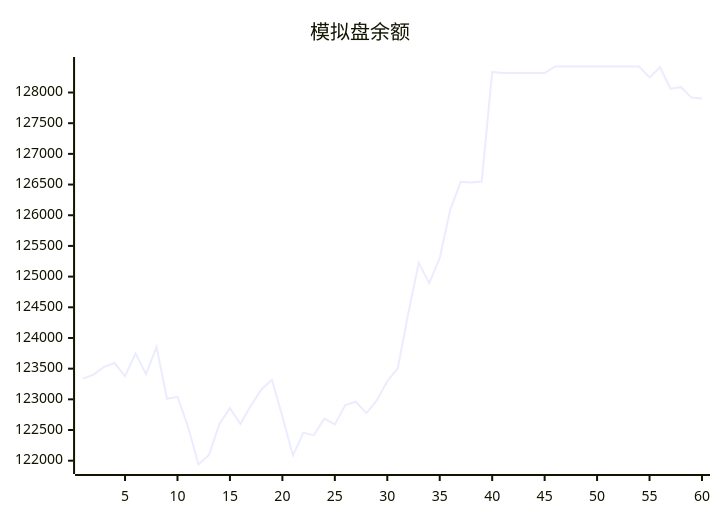
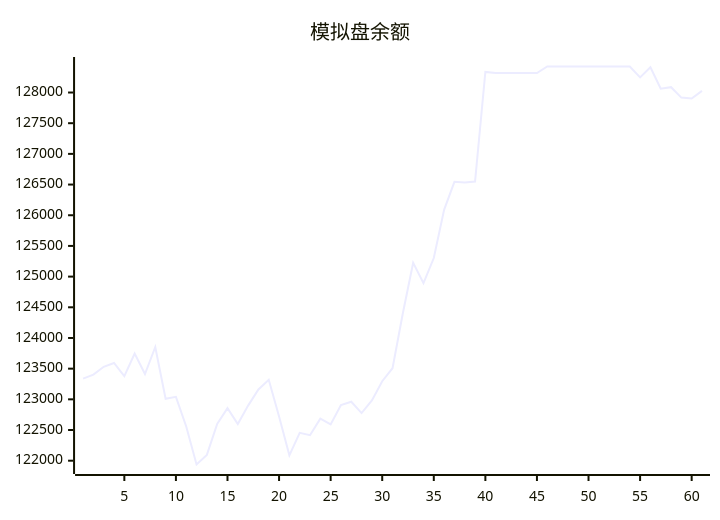
Before and after one commit to aahl/mcp-aktools: the diagram in trading/README.md, drawn with Mermaid. The commit also changed other lines of this file and 1 other file, not shown here.

````diff
--- a/trading/README.md
+++ b/trading/README.md
@@ -3,5 +3,5 @@
 ```mermaid
 xychart
     title "模拟盘余额"
-    line [123338,123402,123530,123592,123378,123745,123413,123853,123009,123040,122557,121938,122095,122599,122856,122597,122898,123160,123319,122719,122087,122454,122416,122685,122592,122907,122961,122776,122981,123295,123507,124403,125224,124894,125303,126088,126544,126534,126549,128335,128318,128318,128318,128318,128318,128424,128424,128424,128424,128424,128424,128424,128424,128424,128247,128412,128062,128087,127917,127901]
+    line [123338,123402,123530,123592,123378,123745,123413,123853,123009,123040,122557,121938,122095,122599,122856,122597,122898,123160,123319,122719,122087,122454,122416,122685,122592,122907,122961,122776,122981,123295,123507,124403,125224,124894,125303,126088,126544,126534,126549,128335,128318,128318,128318,128318,128318,128424,128424,128424,128424,128424,128424,128424,128424,128424,128247,128412,128062,128087,127917,127901,128026]
 ```
````
